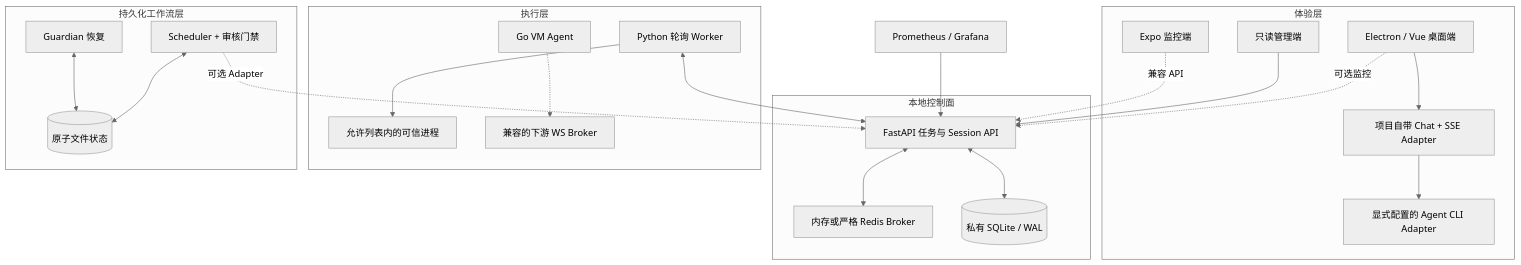
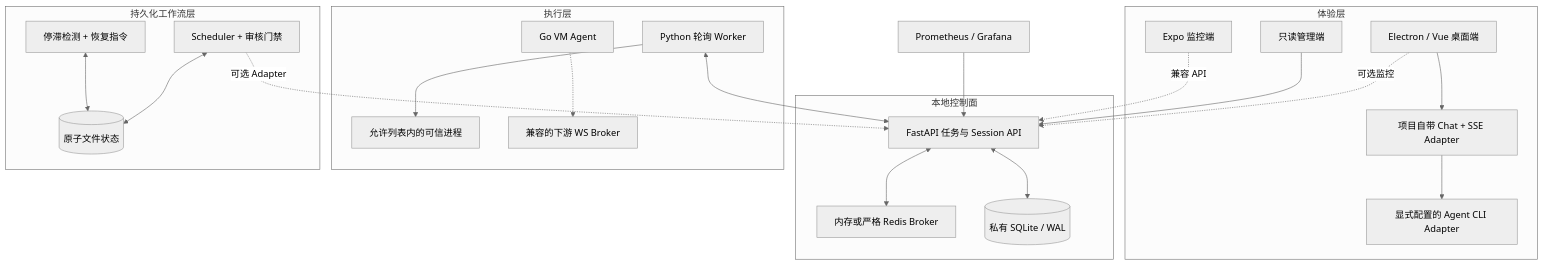
The diagram in README.zh-CN.md (primorLee/agent-workflow-platform), drawn with Mermaid (neutral theme) before and after one commit. The commit also changed other lines of this file and 36 other files, not shown here.

```diff
--- a/README.zh-CN.md
+++ b/README.zh-CN.md
@@ -199,43 +211,43 @@
 ~~~mermaid
 flowchart TB
     subgraph Experience["体验层"]
         Desktop["Electron / Vue 桌面端"]
         Chat["项目自带 Chat + SSE Adapter"]
         CLI["显式配置的 Agent CLI Adapter"]
         Admin["只读管理端"]
         Mobile["Expo 监控端"]
         Desktop --> Chat --> CLI
     end
 
     subgraph Control["本地控制面"]
         API["FastAPI 任务与 Session API"]
         Broker["内存或严格 Redis Broker"]
         DB[("私有 SQLite / WAL")]
         API <--> Broker
         API <--> DB
     end
 
     subgraph Execution["执行层"]
         PyWorker["Python 轮询 Worker"]
         Process["允许列表内的可信进程"]
         VmAgent["Go VM Agent"]
         VmBroker["兼容的下游 WS Broker"]
         PyWorker --> Process
         VmAgent -.-> VmBroker
     end
 
     subgraph Workflow["持久化工作流层"]
         Scheduler["Scheduler + 审核门禁"]
-        Guardian["Guardian 恢复"]
+        Guardian["停滞检测 + 恢复指令"]
         State[("原子文件状态")]
         Scheduler <--> State
         Guardian <--> State
     end
 
     Desktop -. 可选监控 .-> API
     Admin --> API
     Mobile -. 兼容 API .-> API
     PyWorker <--> API
     Scheduler -. 可选 Adapter .-> API
     Metrics["Prometheus / Grafana"] --> API
 ~~~
```
